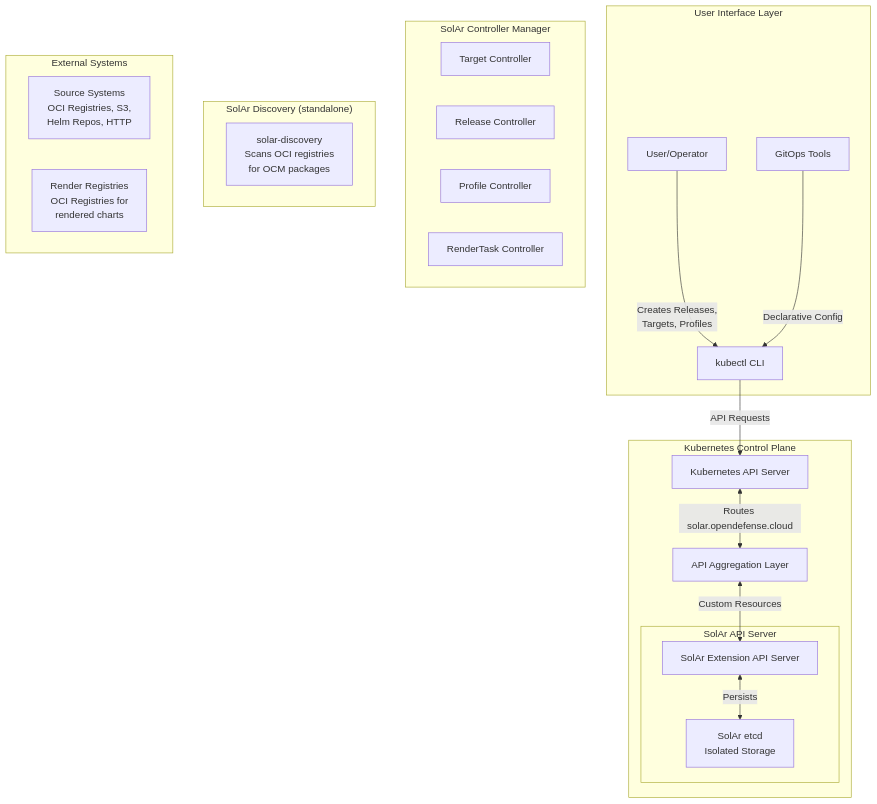
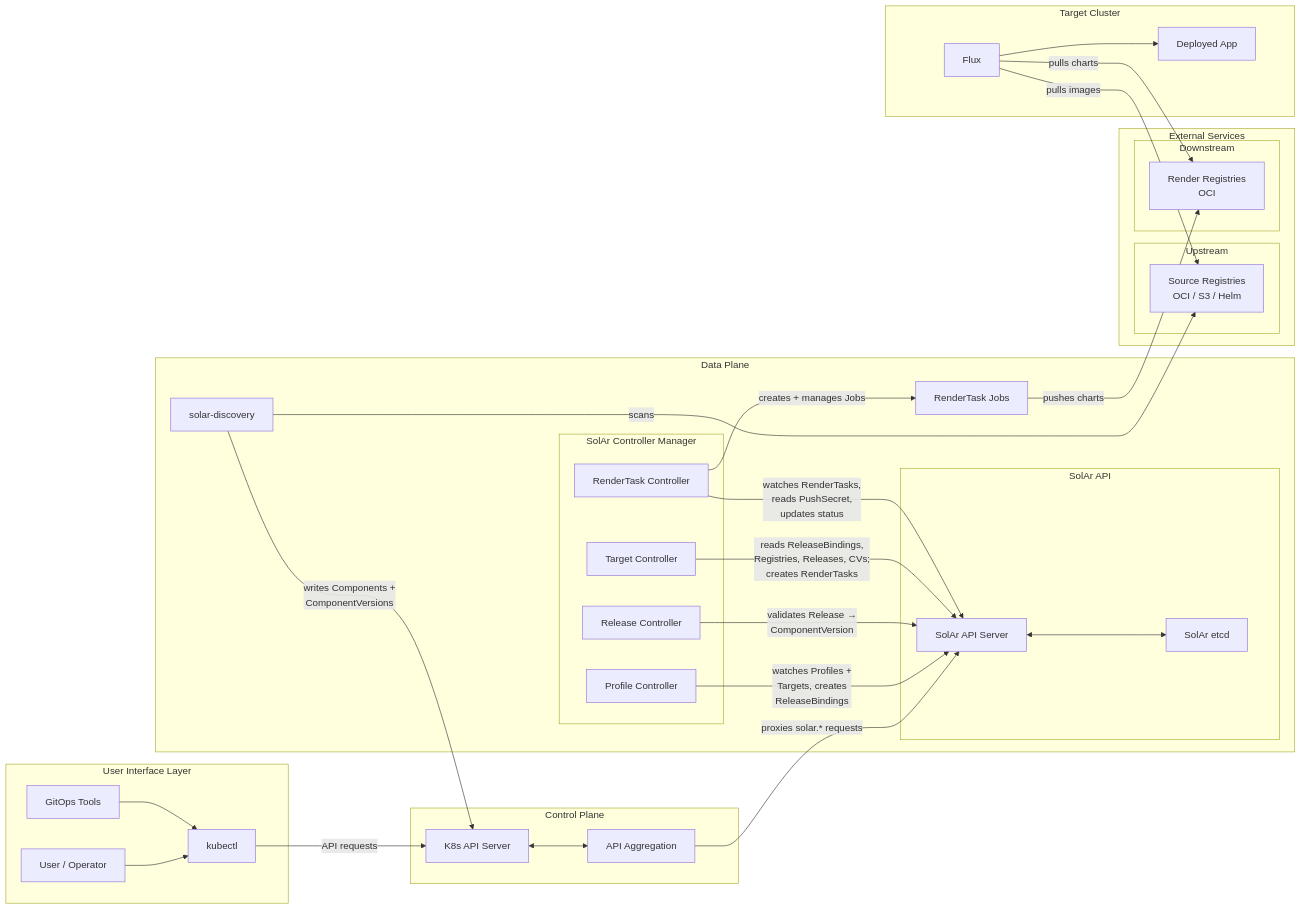
Before and after one commit to opendefensecloud/solution-arsenal: the first of 2 diagrams in docs/developer-guide/architecture.md, drawn with Mermaid. The commit also changed other lines of this file and 6 other files, not shown here.

First line of the commit message:
docs: add controller and discovery pipeline documentation

````diff
--- a/docs/developer-guide/architecture.md
+++ b/docs/developer-guide/architecture.md
@@ -5,42 +5,63 @@
 ```mermaid
-graph TB
-    subgraph "User Interface Layer"
-        User["User/Operator"]
-        Kubectl["kubectl CLI"]
+graph LR
+    subgraph UI["User Interface Layer"]
+        User["User / Operator"]
+        Kubectl["kubectl"]
         GitOps["GitOps Tools"]
+        User --> Kubectl
+        GitOps --> Kubectl
     end
 
-    subgraph "Kubernetes Control Plane"
-        K8sAPI["Kubernetes API Server"]
-        APIAgg["API Aggregation Layer"]
+    subgraph CP["Control Plane"]
+        K8sAPI["K8s API Server"]
+        APIAgg["API Aggregation"]
+        K8sAPI <--> APIAgg
+    end
 
-        subgraph "SolAr API Server"
-            SOLARAPI["SolAr Extension API Server"]
-            SOLARETCD["SolAr etcd<br/>Isolated Storage"]
+    subgraph DP["Data Plane"]
+        subgraph SolArAPI["SolAr API"]
+            SOLARAPI["SolAr API Server"]
+            SOLARETCD["SolAr etcd"]
+            SOLARAPI <--> SOLARETCD
+        end
+        subgraph Controllers["SolAr Controller Manager"]
+            TargetCtrl["Target Controller"]
+            ReleaseCtrl["Release Controller"]
+            ProfileCtrl["Profile Controller"]
+            RenderTaskCtrl["RenderTask Controller"]
+        end
+        Discovery["solar-discovery"]
+        RenderJob["RenderTask Jobs"]
+    end
+
+    subgraph ES["External Services"]
+        subgraph US["Upstream"]
+            SrcReg["Source Registries<br/>OCI / S3 / Helm"]
+        end
+        subgraph DS["Downstream"]
+            DstReg["Render Registries<br/>OCI"]
         end
     end
 
-    subgraph "SolAr Controller Manager"
-        TargetCtrl["Target Controller"]
-        ReleaseCtrl["Release Controller"]
-        ProfileCtrl["Profile Controller"]
-        RenderTaskCtrl["RenderTask Controller"]
+    subgraph TC["Target Cluster"]
+        Flux["Flux"]
+        App["Deployed App"]
+        Flux --> App
     end
 
-    subgraph "SolAr Discovery (standalone)"
-        Discovery["solar-discovery<br/>Scans OCI registries<br/>for OCM packages"]
-    end
+    Kubectl -->|"API requests"| K8sAPI
+    APIAgg -->|"proxies solar.* requests"| SOLARAPI
 
-    subgraph "External Systems"
-        SrcReg["Source Systems<br/>OCI Registries, S3,<br/>Helm Repos, HTTP"]
-        DstReg["Render Registries<br/>OCI Registries for<br/>rendered charts"]
-    end
+    ProfileCtrl -->|"watches Profiles +<br/>Targets, creates<br/>ReleaseBindings"| SOLARAPI
+    ReleaseCtrl -->|"validates Release →<br/>ComponentVersion"| SOLARAPI
+    TargetCtrl -->|"reads ReleaseBindings,<br/>Registries, Releases, CVs;<br/>creates RenderTasks"| SOLARAPI
+    RenderTaskCtrl -->|"watches RenderTasks,<br/>reads PushSecret,<br/>updates status"| SOLARAPI
+    RenderTaskCtrl -->|"creates + manages Jobs"| RenderJob
 
-    User -->|"Creates Releases,<br/>Targets, Profiles"| Kubectl
-    GitOps -->|"Declarative Config"| Kubectl
-    Kubectl -->|"API Requests"| K8sAPI
+    Discovery -->|"scans"| SrcReg
+    Discovery -->|"writes Components +<br/>ComponentVersions"| K8sAPI
+    RenderJob -->|"pushes charts"| DstReg
 
-    K8sAPI <-->|"Routes solar.opendefense.cloud"| APIAgg
-    APIAgg <-->|"Custom Resources"| SOLARAPI
-    SOLARAPI <-->|"Persists"| SOLARETCD
+    Flux -->|"pulls charts"| DstReg
+    Flux -->|"pulls images"| SrcReg
 ```
````
